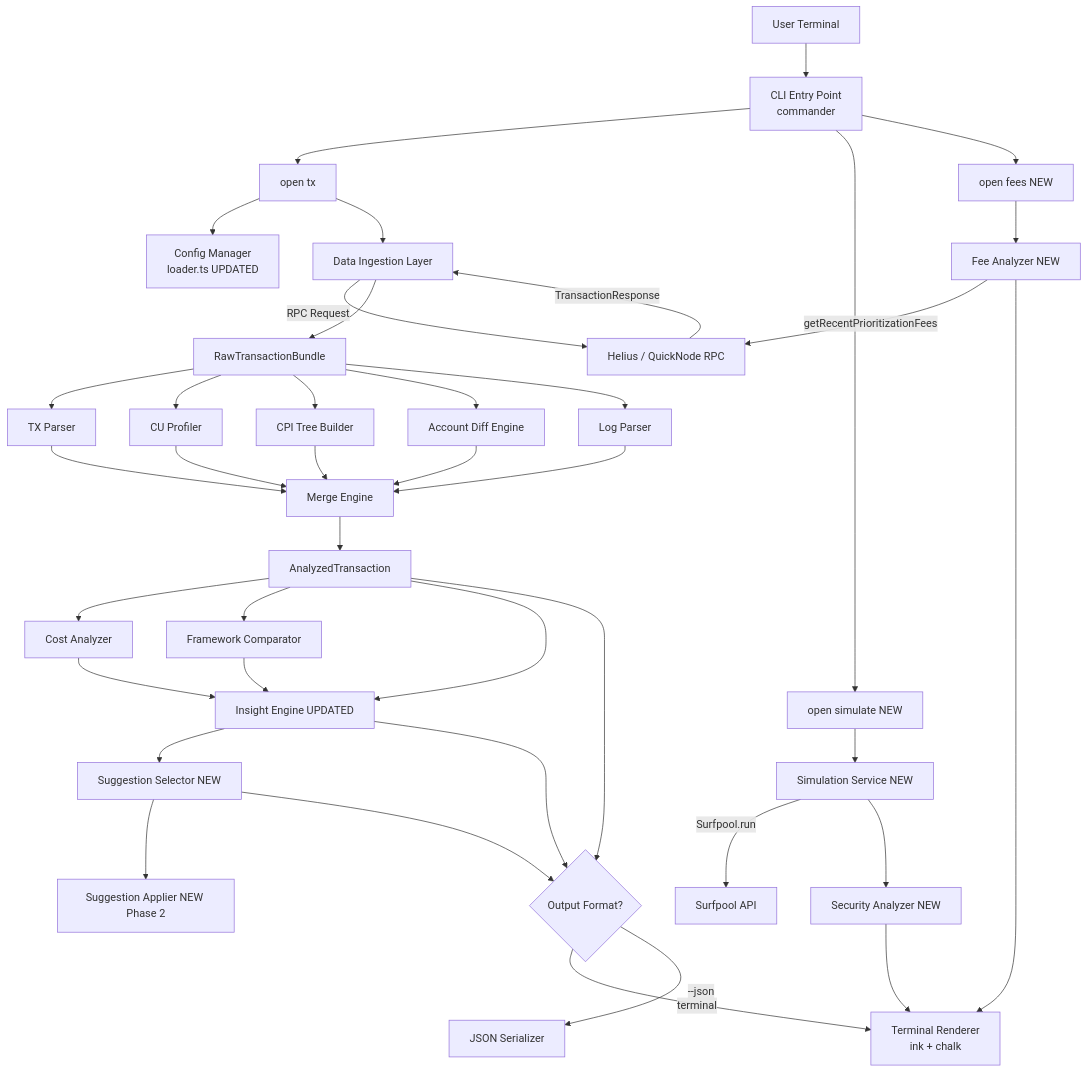
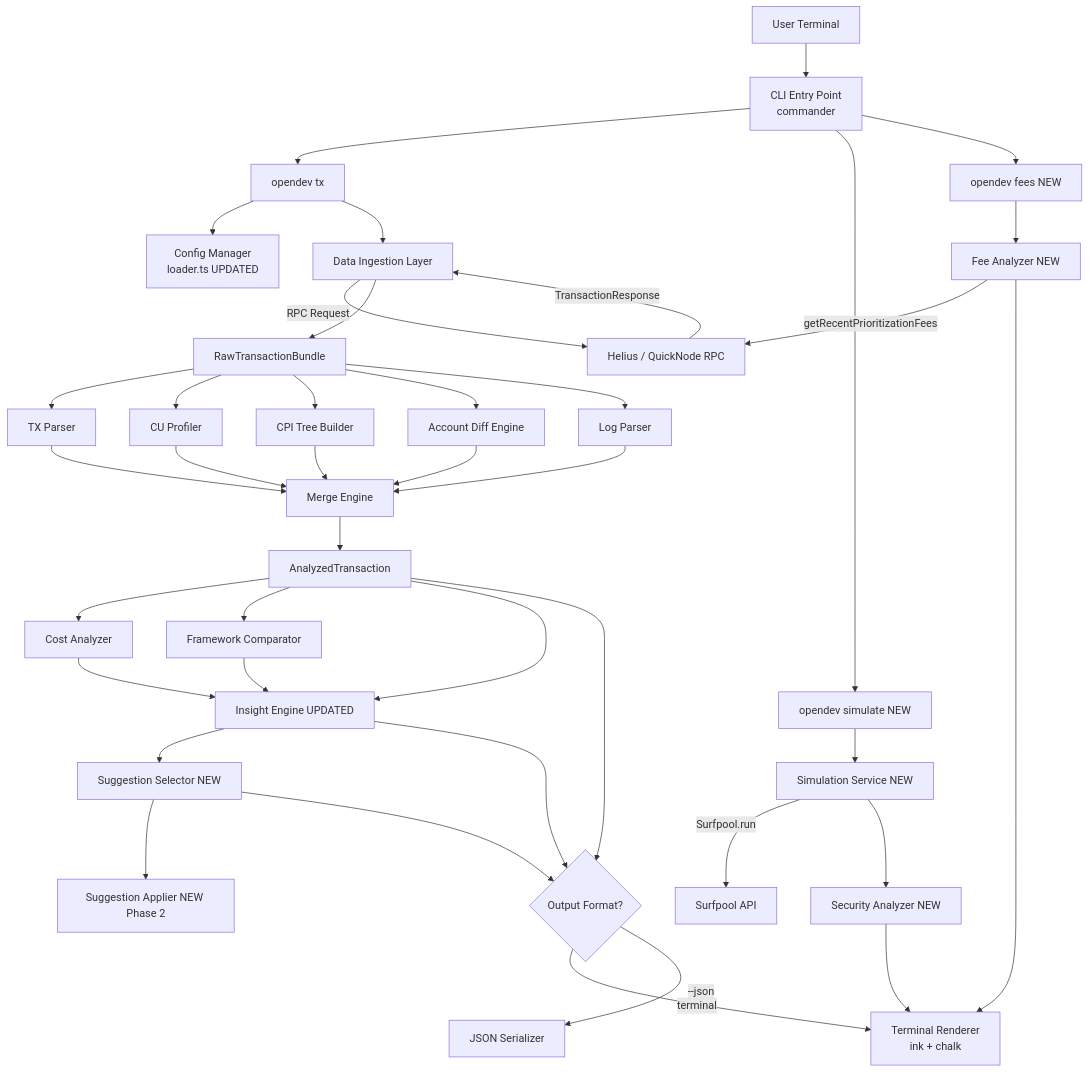
The first of 3 diagrams in docs/Architecture_OPEN.md (OpenSubmissionn/Open_DevTool), drawn with Mermaid before and after one commit. The commit also changed other lines of this file and 12 other files, not shown here.

````diff
--- a/docs/Architecture_OPEN.md
+++ b/docs/Architecture_OPEN.md
@@ -1089,49 +1089,49 @@
 ```mermaid
 graph TD
     A[User Terminal] --> B[CLI Entry Point\ncommander]
-    B --> B1[open tx]
-    B --> B2[open simulate NEW]
-    B --> B3[open fees NEW]
+    B --> B1[opendev tx]
+    B --> B2[opendev simulate NEW]
+    B --> B3[opendev fees NEW]
 
     B1 --> C[Config Manager\nloader.ts UPDATED]
     B1 --> D[Data Ingestion Layer]
     D -->|RPC Request| E[Helius / QuickNode RPC]
     E -->|TransactionResponse| D
     D --> F[RawTransactionBundle]
 
     F --> G[TX Parser]
     F --> H[CU Profiler]
     F --> I[CPI Tree Builder]
     F --> J[Account Diff Engine]
     F --> K[Log Parser]
 
     G --> L[Merge Engine]
     H --> L
     I --> L
     J --> L
     K --> L
 
     L --> M[AnalyzedTransaction]
     M --> N[Cost Analyzer]
     M --> O[Framework Comparator]
     N --> P[Insight Engine UPDATED]
     O --> P
     M --> P
     P --> P2[Suggestion Selector NEW]
     P2 --> P3[Suggestion Applier NEW Phase 2]
 
     M --> R{Output Format?}
     P --> R
     P2 --> R
     R -->|terminal| S[Terminal Renderer\nink + chalk]
     R -->|--json| T[JSON Serializer]
 
     B2 --> SIM[Simulation Service NEW]
     SIM -->|Surfpool.run| SURF[Surfpool API]
     SIM --> SEC[Security Analyzer NEW]
     SEC --> S
 
     B3 --> FEE[Fee Analyzer NEW]
     FEE -->|getRecentPrioritizationFees| E
     FEE --> S
 ```
````
